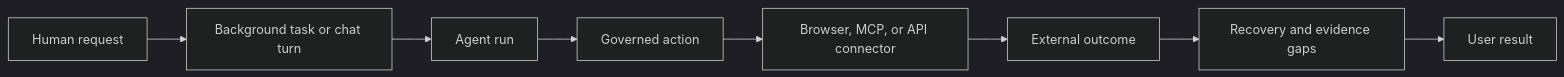
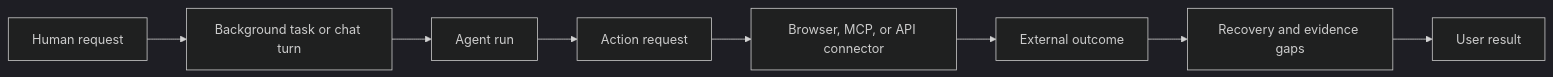
Before and after one commit to kpsuperplane/Noema: the first of 29 diagrams in docs/superpowers/plans/2026-08-08-noema-practical-reliability-roadmap.md, drawn with Mermaid (dark theme). The commit also changed other lines of this file, not shown here.

Commit message:
docs: simplify reliability roadmap

````diff
--- a/docs/superpowers/plans/2026-08-08-noema-practical-reliability-roadmap.md
+++ b/docs/superpowers/plans/2026-08-08-noema-practical-reliability-roadmap.md
@@ -49,10 +49,10 @@
 ```mermaid
 flowchart LR
     H["Human request"] --> T["Background task or chat turn"]
     T --> R["Agent run"]
-    R --> G["Governed action"]
+    R --> G["Action request"]
     G --> C["Browser, MCP, or API connector"]
     C --> O["External outcome"]
     O --> X["Recovery and evidence gaps"]
     X --> U["User result"]
 ```
````
